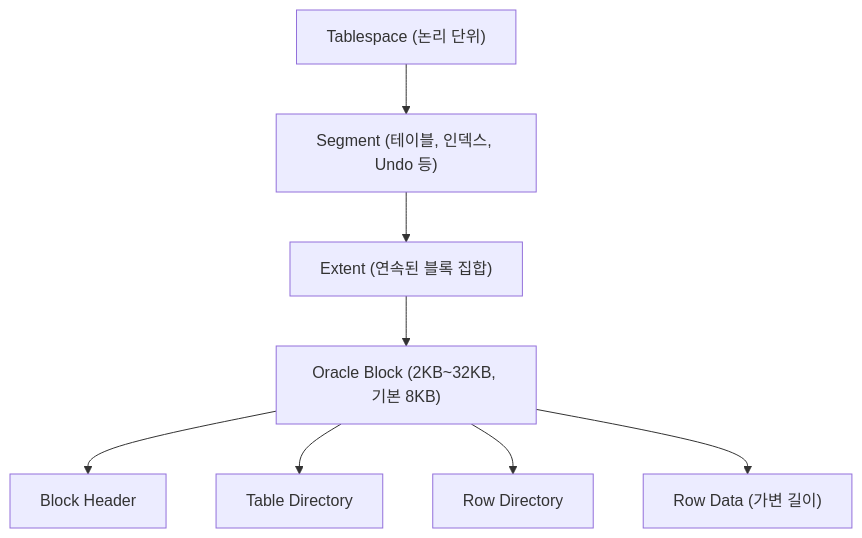
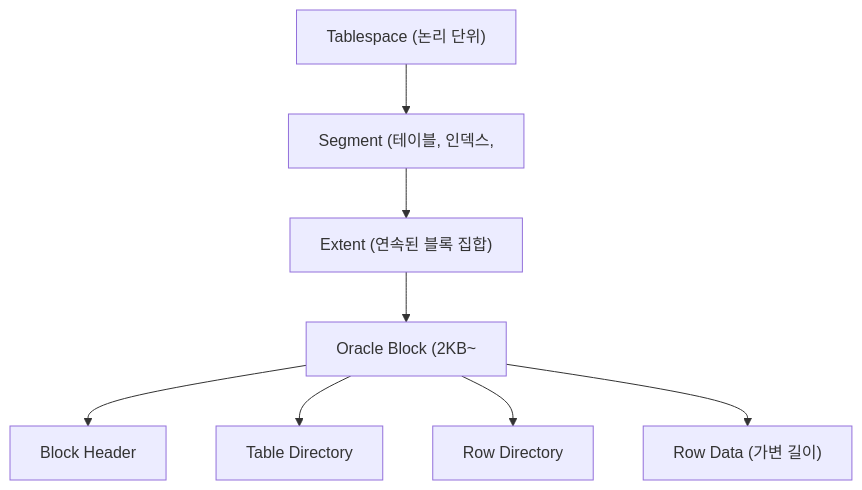
Before and after one commit to yjkim2015/yjkim2015.github.io: the fourth of 15 diagrams in _posts/db/2026-05-01-db-comparison.md, drawn with Mermaid. The commit also changed other lines of this file and 271 other files, not shown here.

First line of the commit message:
Mermaid 라벨 축소: 긴 노드 텍스트 18자 이하로 트림 + \n 제거

````diff
--- a/_posts/db/2026-05-01-db-comparison.md
+++ b/_posts/db/2026-05-01-db-comparison.md
@@ -101,10 +101,10 @@
 ```mermaid
 graph TD
-    A["Tablespace (논리 단위)"] --> B["Segment (테이블, 인덱스, Undo 등)"]
+    A["Tablespace (논리 단위)"] --> B["Segment (테이블, 인덱스,"]
     B --> C["Extent (연속된 블록 집합)"]
-    C --> D["Oracle Block (2KB~32KB, 기본 8KB)"]
+    C --> D["Oracle Block (2KB~"]
     D --> D1["Block Header"]
     D --> D2["Table Directory"]
     D --> D3["Row Directory"]
     D --> D4["Row Data (가변 길이)"]
 ```
````
